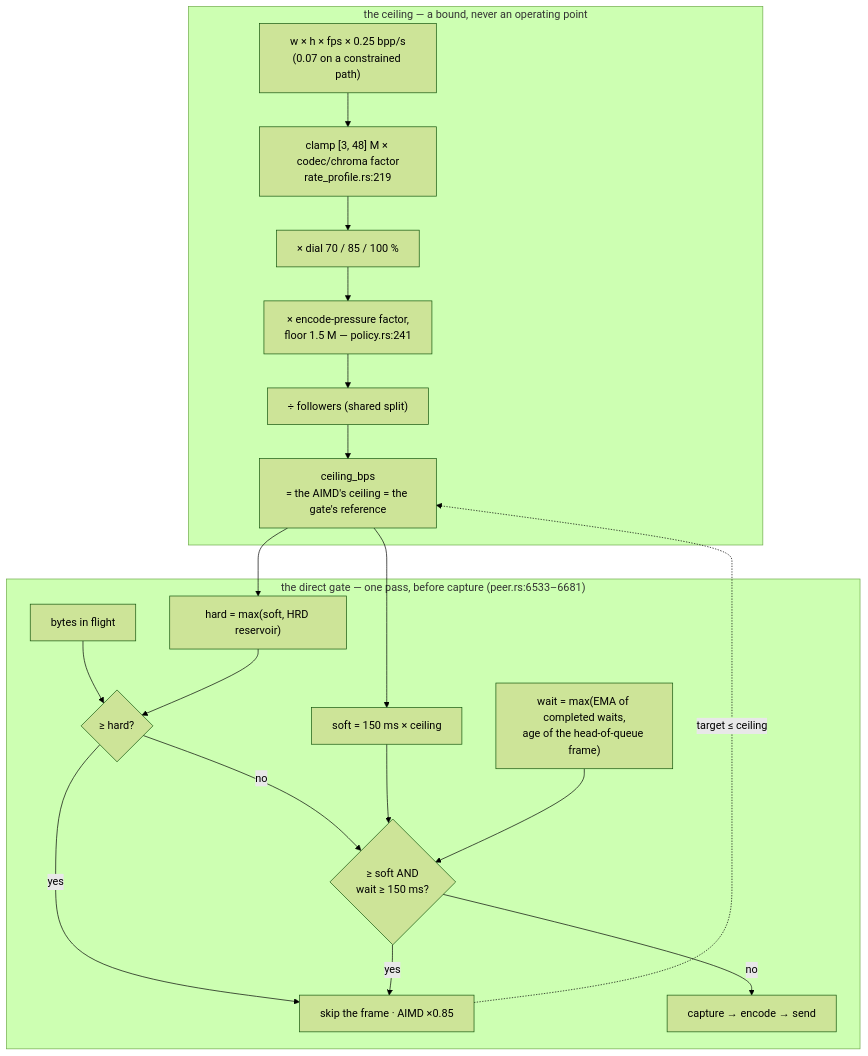
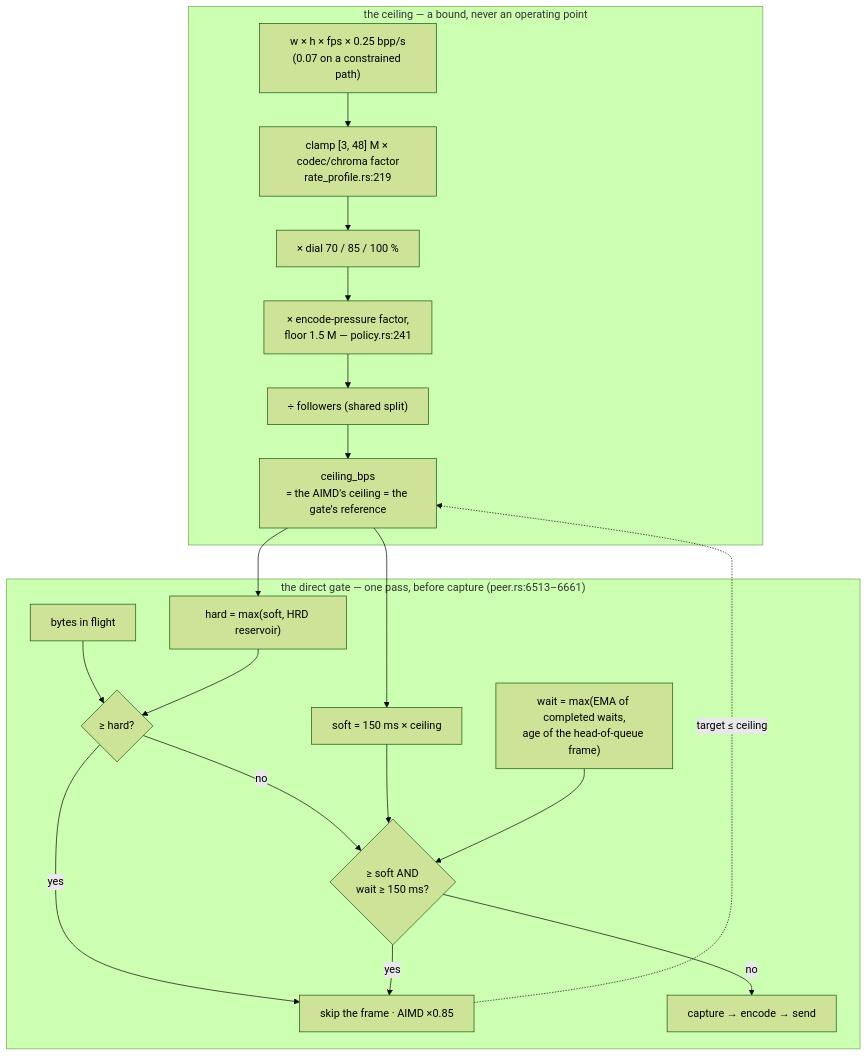
One commit to gjovanov/roomler-ai changed the sixth of 13 diagrams in docs/rate-control.md. Above: the diagram before and after it, drawn with Mermaid (forest theme). The commit also changed other lines of this file and 40 other files, not shown here.

````diff
--- a/docs/rate-control.md
+++ b/docs/rate-control.md
@@ -830,24 +830,24 @@
 ```mermaid
 flowchart TB
     subgraph ceiling["the ceiling — a bound, never an operating point"]
         G["w × h × fps × 0.25 bpp/s<br/>(0.07 on a constrained path)"] --> C["clamp [3, 48] M × codec/chroma factor<br/>rate_profile.rs:219"]
         C --> D["× dial 70 / 85 / 100 %"]
         D --> E["× encode-pressure factor,<br/>floor 1.5 M — policy.rs:241"]
         E --> S["÷ followers (shared split)"]
         S --> CEIL["ceiling_bps<br/>= the AIMD's ceiling = the gate's reference"]
     end
-    subgraph gate["the direct gate — one pass, before capture (peer.rs:6533–6681)"]
+    subgraph gate["the direct gate — one pass, before capture (peer.rs:6513–6661)"]
         CEIL --> SOFT["soft = 150 ms × ceiling"]
         CEIL --> HARD["hard = max(soft, HRD reservoir)"]
         W["wait = max(EMA of completed waits,<br/>age of the head-of-queue frame)"]
         Q["bytes in flight"] --> H{"≥ hard?"}
         HARD --> H
         H -- yes --> TRIP["skip the frame · AIMD ×0.85"]
         H -- no --> SQ{"≥ soft AND<br/>wait ≥ 150 ms?"}
         SOFT --> SQ
         W --> SQ
         SQ -- yes --> TRIP
         SQ -- no --> PASS["capture → encode → send"]
     end
     TRIP -.->|"target ≤ ceiling"| CEIL
 ```
````
